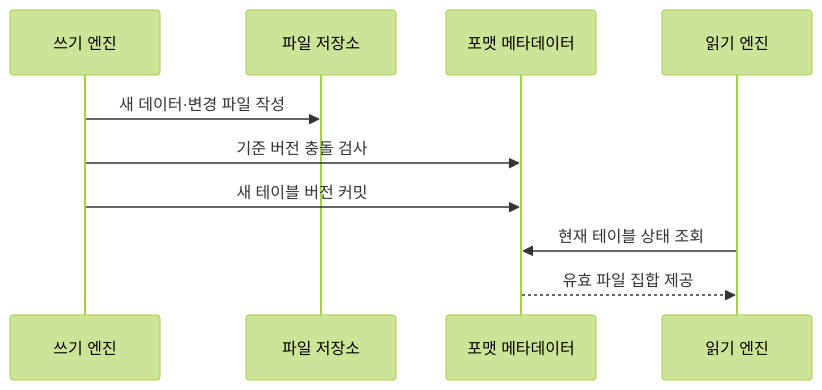
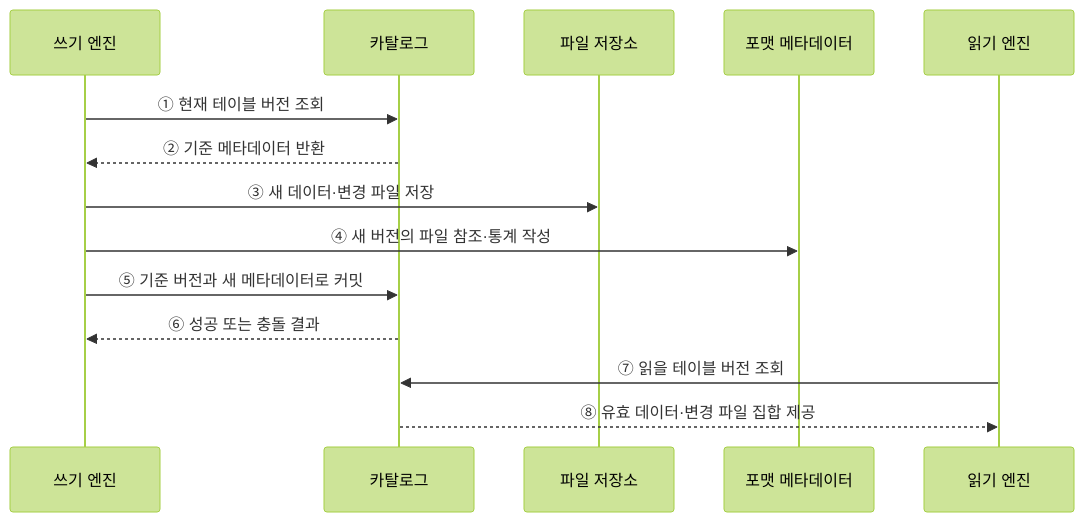
Before and after one commit to agnusdei1207/knowledge-base: the second of 2 diagrams in src/content/docs/notes/03-software/129_open_table_format.md, drawn with Mermaid (forest theme). The commit also changed other lines of this file and 20 other files, not shown here.

````diff
--- a/src/content/docs/notes/03-software/129_open_table_format.md
+++ b/src/content/docs/notes/03-software/129_open_table_format.md
@@ -79,12 +72,16 @@
 ```mermaid
 sequenceDiagram
     participant W as 쓰기 엔진
+    participant C as 카탈로그
     participant D as 파일 저장소
     participant M as 포맷 메타데이터
     participant R as 읽기 엔진
-    W->>D: 새 데이터·변경 파일 작성
-    W->>M: 기준 버전 충돌 검사
-    W->>M: 새 테이블 버전 커밋
-    R->>M: 현재 테이블 상태 조회
-    M-->>R: 유효 파일 집합 제공
+    W->>C: ① 현재 테이블 버전 조회
+    C-->>W: ② 기준 메타데이터 반환
+    W->>D: ③ 새 데이터·변경 파일 저장
+    W->>M: ④ 새 버전의 파일 참조·통계 작성
+    W->>C: ⑤ 기준 버전과 새 메타데이터로 커밋
+    C-->>W: ⑥ 성공 또는 충돌 결과
+    R->>C: ⑦ 읽을 테이블 버전 조회
+    C-->>R: ⑧ 유효 데이터·변경 파일 집합 제공
 ```
````
